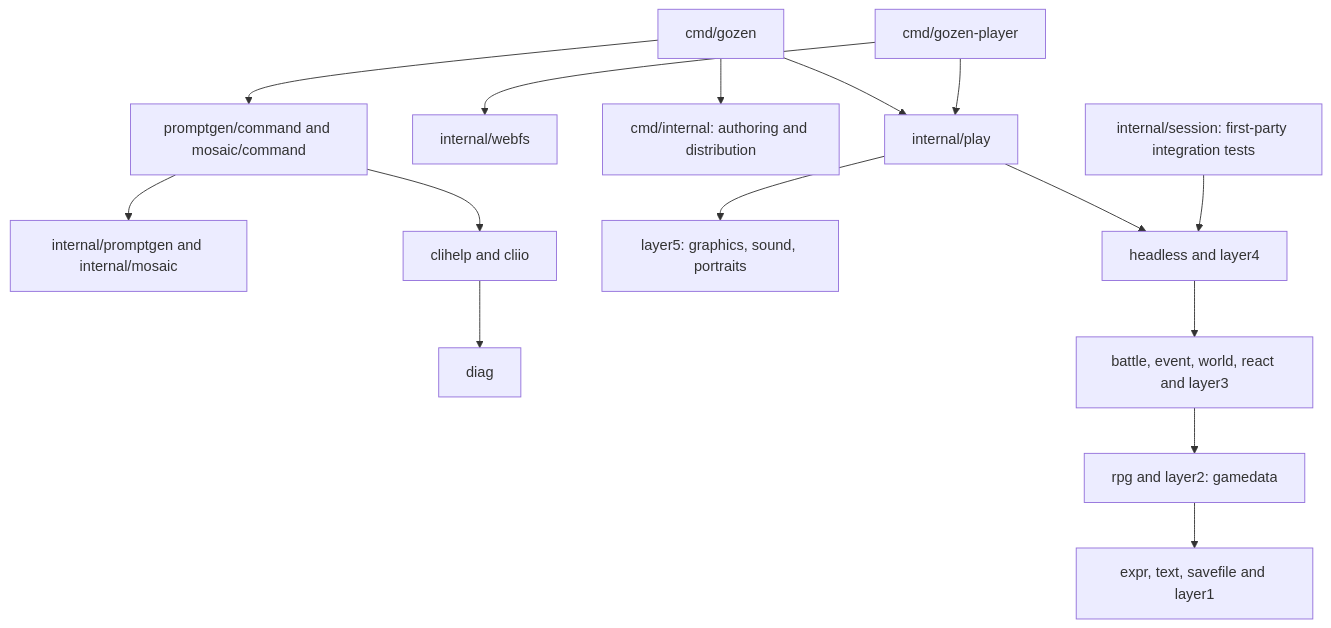
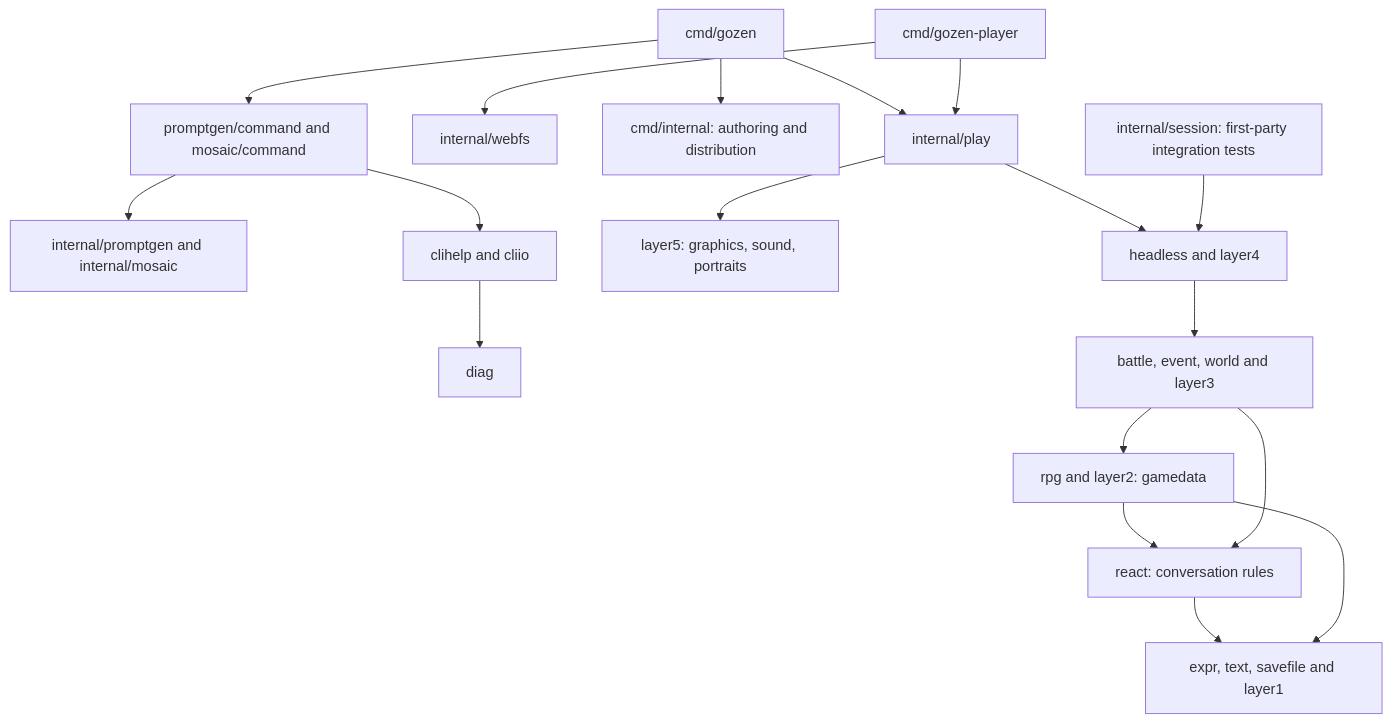
Before and after one commit to nao1215/gozen: the diagram in docs/architecture/overview.md, drawn with Mermaid. The commit also changed other lines of this file and 87 other files, not shown here.

````diff
--- a/docs/architecture/overview.md
+++ b/docs/architecture/overview.md
@@ -5,17 +5,20 @@
 ```mermaid
 flowchart TD
   CLI[cmd/gozen] --> Play[internal/play]
   Player[cmd/gozen-player] --> Play
   Player --> WebFS[internal/webfs]
   CLI --> Tools[cmd/internal: authoring and distribution]
   CLI --> Adapters[promptgen/command and mosaic/command]
   Adapters --> Domain[internal/promptgen and internal/mosaic]
   Adapters --> IO[clihelp and cliio]
   IO --> Diag[diag]
   Play --> Display[layer5: graphics, sound, portraits]
   Play --> Progress[headless and layer4]
   Session[internal/session: first-party integration tests] --> Progress
-  Progress --> Rules[battle, event, world, react and layer3]
+  Progress --> Rules[battle, event, world and layer3]
   Rules --> Model[rpg and layer2: gamedata]
+  Model --> React[react: conversation rules]
+  Rules --> React
+  React --> Base
   Model --> Base[expr, text, savefile and layer1]
 ```
````
